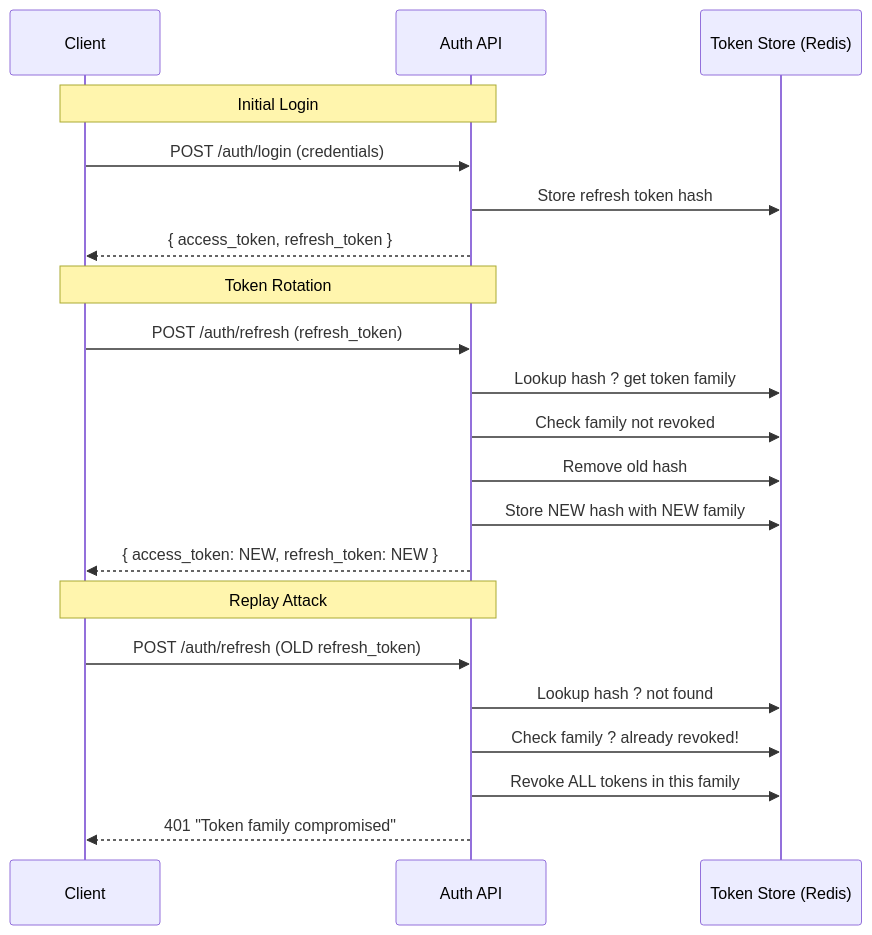
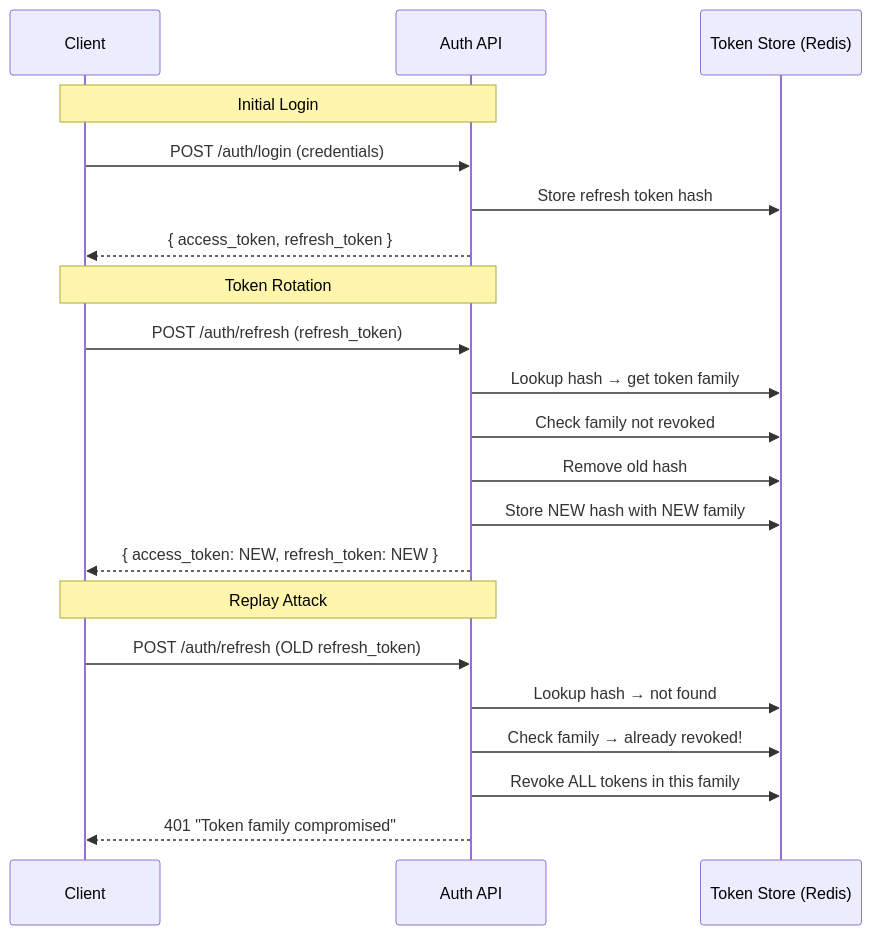
One commit to Raushan666java/ai-engineering-journey changed the second of 3 diagrams in docs/courses/ai-agent-engineer/01-phase0-backend-hardening.md. Above: the diagram before and after it, drawn with Mermaid. The commit also changed other lines of this file, not shown here.

````diff
--- a/docs/courses/ai-agent-engineer/01-phase0-backend-hardening.md
+++ b/docs/courses/ai-agent-engineer/01-phase0-backend-hardening.md
@@ -844,26 +844,26 @@
 ```mermaid
 sequenceDiagram
     participant C as Client
     participant A as Auth API
     participant S as Token Store (Redis)
 
     Note over C,A: Initial Login
     C->>A: POST /auth/login (credentials)
     A->>S: Store refresh token hash
     A-->>C: { access_token, refresh_token }
 
     Note over C,A: Token Rotation
     C->>A: POST /auth/refresh (refresh_token)
-    A->>S: Lookup hash ? get token family
+    A->>S: Lookup hash → get token family
     A->>S: Check family not revoked
     A->>S: Remove old hash
     A->>S: Store NEW hash with NEW family
     A-->>C: { access_token: NEW, refresh_token: NEW }
 
     Note over C,A: Replay Attack
     C->>A: POST /auth/refresh (OLD refresh_token)
-    A->>S: Lookup hash ? not found
-    A->>S: Check family ? already revoked!
+    A->>S: Lookup hash → not found
+    A->>S: Check family → already revoked!
     A->>S: Revoke ALL tokens in this family
     A-->>C: 401 "Token family compromised"
 ```
````
